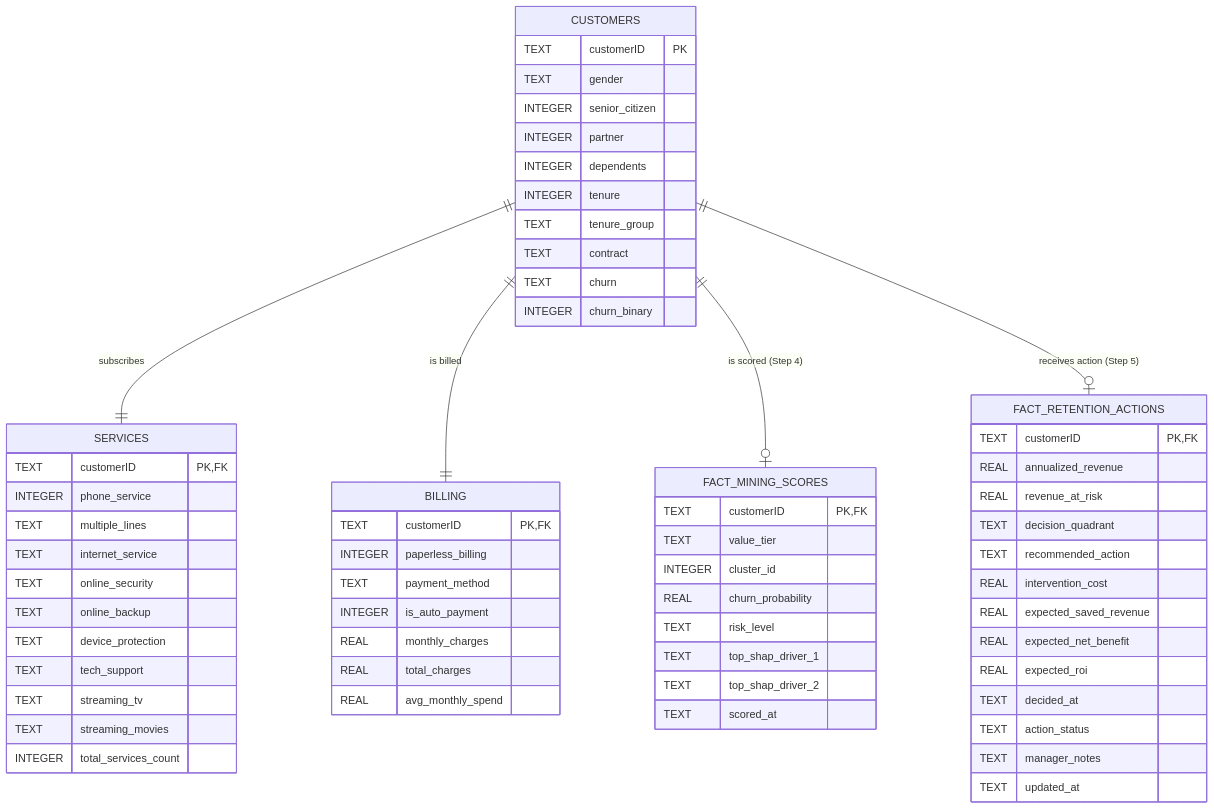
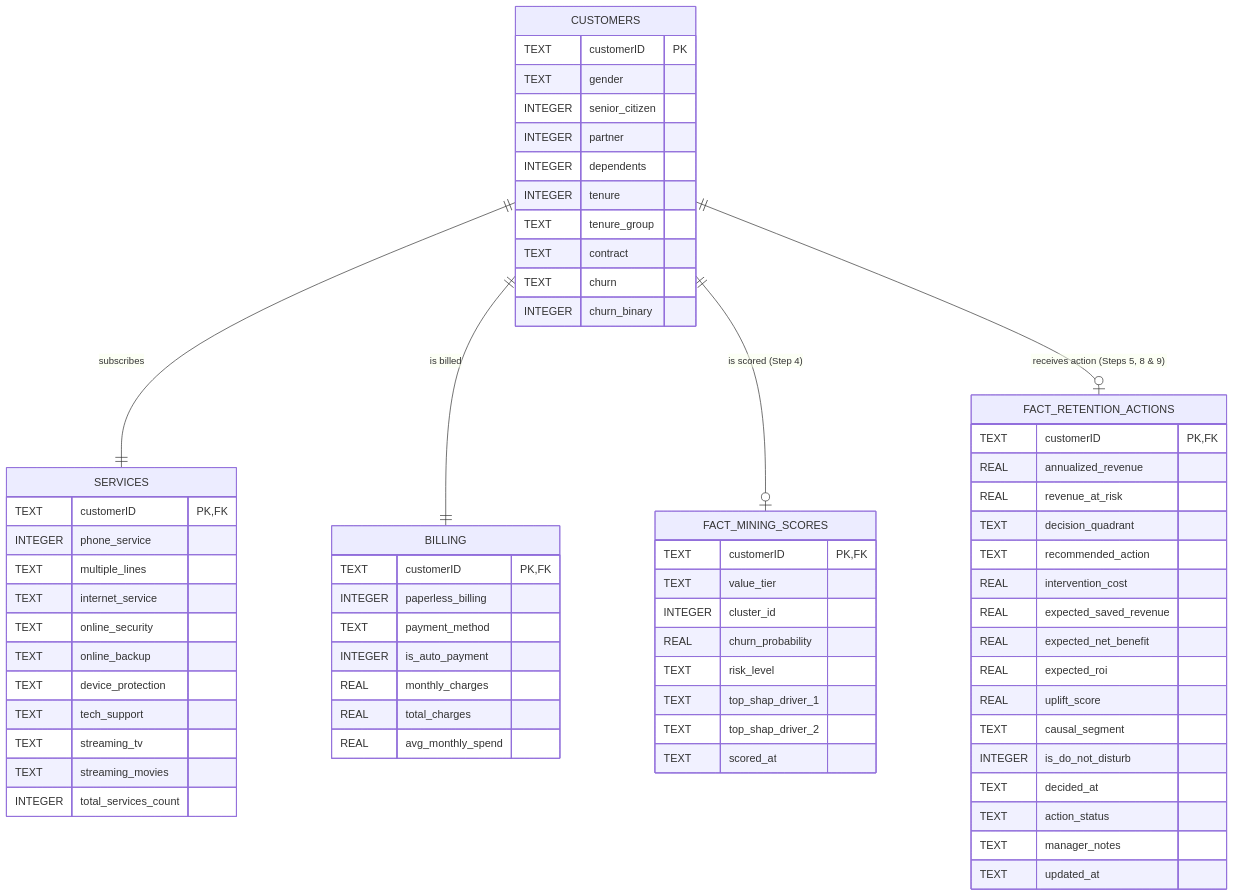
One commit to Vu-Viet-Phong/ISM-project changed the second of 2 diagrams in README.md. Above: the diagram before and after it, drawn with Mermaid. The commit also changed other lines of this file, not shown here.

Commit message:
docs: audit and update README with full v3.0 architecture, ERD, and expanded tech stack

````diff
--- a/README.md
+++ b/README.md
@@ -65,66 +77,69 @@
 ```mermaid
 erDiagram
     CUSTOMERS ||--|| SERVICES : subscribes
     CUSTOMERS ||--|| BILLING : "is billed"
     CUSTOMERS ||--o| FACT_MINING_SCORES : "is scored (Step 4)"
-    CUSTOMERS ||--o| FACT_RETENTION_ACTIONS : "receives action (Step 5)"
+    CUSTOMERS ||--o| FACT_RETENTION_ACTIONS : "receives action (Steps 5, 8 & 9)"
     CUSTOMERS {
         TEXT customerID PK
         TEXT gender
         INTEGER senior_citizen
         INTEGER partner
         INTEGER dependents
         INTEGER tenure
         TEXT tenure_group
         TEXT contract
         TEXT churn
         INTEGER churn_binary
     }
     SERVICES {
         TEXT customerID PK, FK
         INTEGER phone_service
         TEXT multiple_lines
         TEXT internet_service
         TEXT online_security
         TEXT online_backup
         TEXT device_protection
         TEXT tech_support
         TEXT streaming_tv
         TEXT streaming_movies
         INTEGER total_services_count
     }
     BILLING {
         TEXT customerID PK, FK
         INTEGER paperless_billing
         TEXT payment_method
         INTEGER is_auto_payment
         REAL monthly_charges
         REAL total_charges
         REAL avg_monthly_spend
     }
     FACT_MINING_SCORES {
         TEXT customerID PK, FK
         TEXT value_tier
         INTEGER cluster_id
         REAL churn_probability
         TEXT risk_level
         TEXT top_shap_driver_1
         TEXT top_shap_driver_2
         TEXT scored_at
     }
     FACT_RETENTION_ACTIONS {
         TEXT customerID PK, FK
         REAL annualized_revenue
         REAL revenue_at_risk
         TEXT decision_quadrant
         TEXT recommended_action
         REAL intervention_cost
         REAL expected_saved_revenue
         REAL expected_net_benefit
         REAL expected_roi
+        REAL uplift_score
+        TEXT causal_segment
+        INTEGER is_do_not_disturb
         TEXT decided_at
         TEXT action_status
         TEXT manager_notes
         TEXT updated_at
     }
 ```
````
